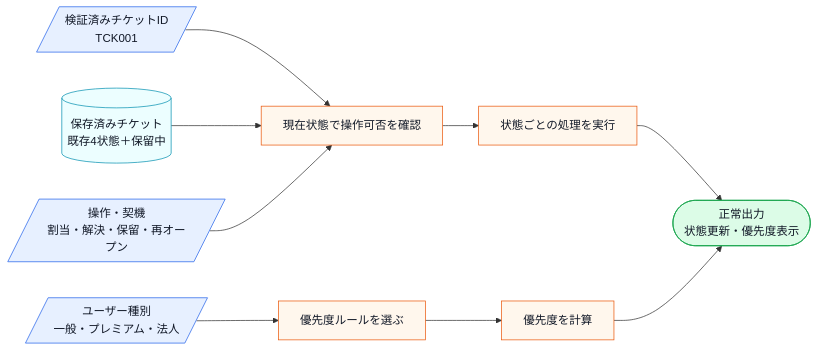
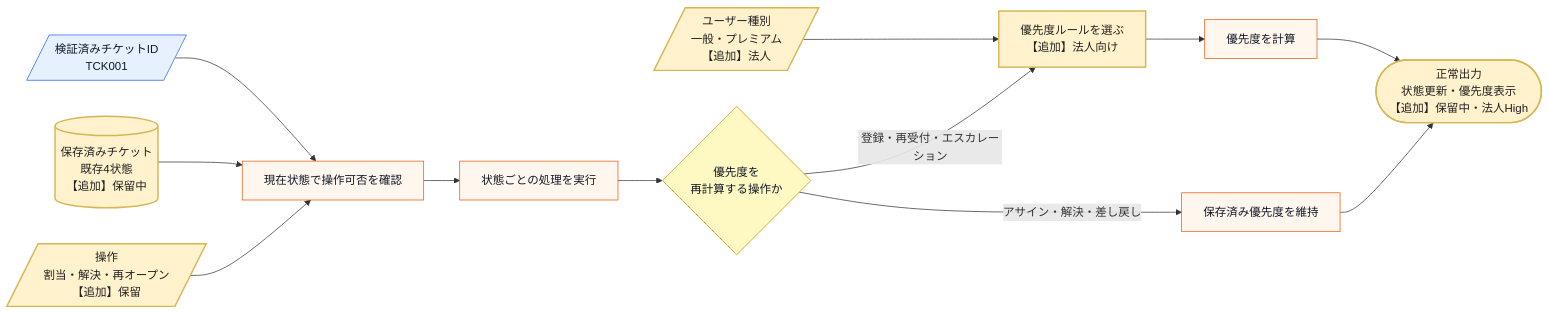
Before and after one commit to kumachan1101-pixel/DesignPattern: the fifth of 15 diagrams in kindle/design-patterns/output/chapter09_2.md, drawn with Mermaid. The commit also changed other lines of this file and 1 other file, not shown here.

Commit message:
第9章の変更前後図を同じ構造で比較

````diff
--- a/kindle/design-patterns/output/chapter09_2.md
+++ b/kindle/design-patterns/output/chapter09_2.md
@@ -589,17 +589,23 @@
 ```mermaid
 flowchart LR
     A[/検証済みチケットID<br>TCK001/]:::input --> D[現在状態で操作可否を確認]:::process
-    C[(保存済みチケット<br>既存4状態＋保留中)]:::data --> D
-    E[/ユーザー種別<br>一般・プレミアム・法人/]:::input --> F[優先度ルールを選ぶ]:::process
-    G[/操作・契機<br>割当・解決・保留・再オープン/]:::input --> D
+    C[(保存済みチケット<br>既存4状態<br>【追加】保留中)]:::data --> D
+    E[/ユーザー種別<br>一般・プレミアム<br>【追加】法人/]:::input --> F[優先度ルールを選ぶ<br>【追加】法人向け]:::process
+    G[/操作<br>割当・解決・再オープン<br>【追加】保留/]:::input --> D
     D --> H[状態ごとの処理を実行]:::process
+    H --> K{優先度を<br>再計算する操作か}:::decision
+    K -->|登録・再受付・エスカレーション| F
     F --> I[優先度を計算]:::process
-    H --> J([正常出力<br>状態更新・優先度表示]):::normal
+    K -->|アサイン・解決・差し戻し| L[保存済み優先度を維持]:::process
     I --> J
+    L --> J
+    J([正常出力<br>状態更新・優先度表示<br>【追加】保留中・法人High]):::normal
 
     classDef data fill:#ecfeff,stroke:#0891b2,color:#111827;
     classDef input fill:#e7f0ff,stroke:#2563eb,color:#111827;
     classDef process fill:#fff7ed,stroke:#ea580c,color:#111827;
     classDef decision fill:#fef9c3,stroke:#ca8a04,color:#111827;
     classDef normal fill:#dcfce7,stroke:#16a34a,color:#111827;
+    classDef changed fill:#FFF2CC,stroke:#D6B656,stroke-width:2px,color:#222222;
+    class C,E,F,G,J changed;
 ```
````
